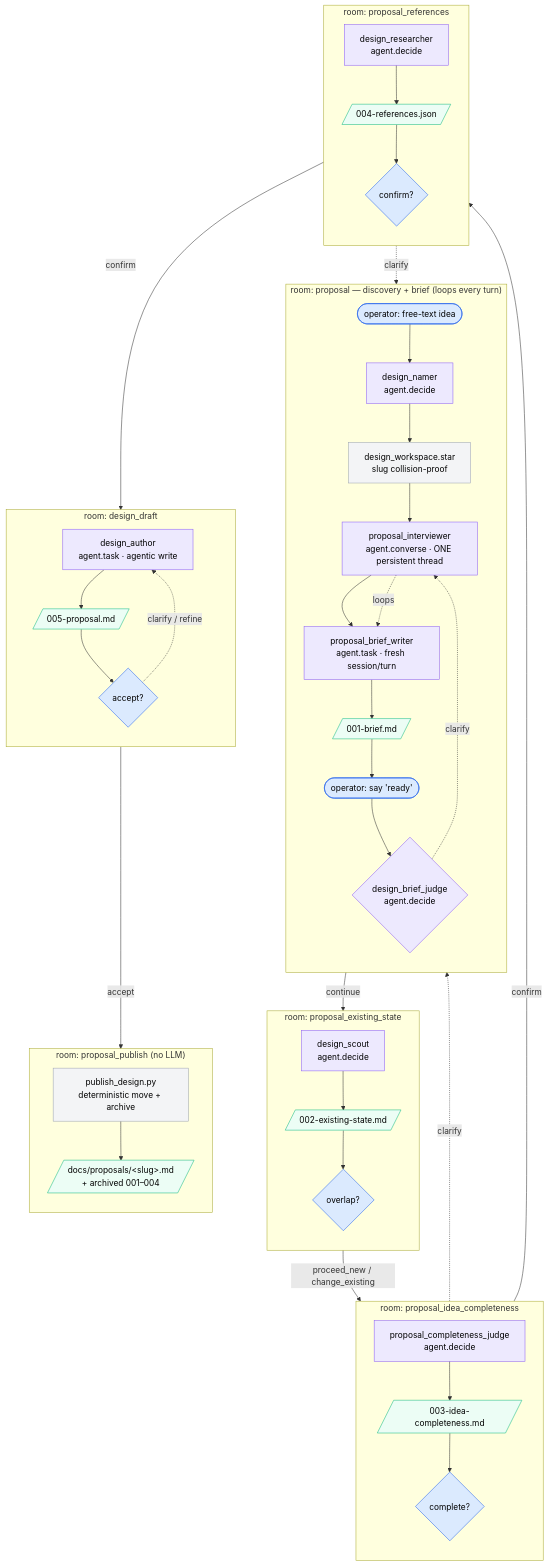
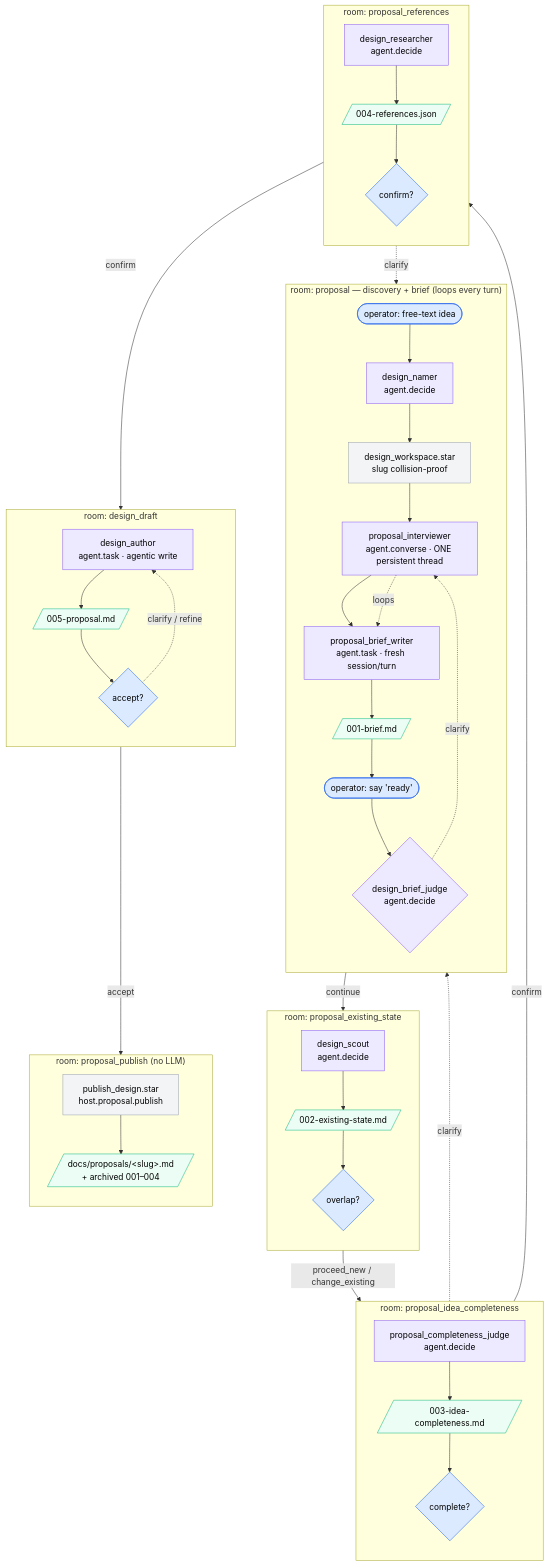
Before and after one commit to bsacrobatix/Kitsoki: the fourth of 4 diagrams in docs/stories/architecture.md, drawn with Mermaid. The commit also changed other lines of this file and 17 other files, not shown here.

Commit message:
Move proposal publishing to a Starlark host function

````diff
--- a/docs/stories/architecture.md
+++ b/docs/stories/architecture.md
@@ -1037,71 +1037,71 @@
 ```mermaid
 flowchart TD
     classDef llm   fill:#EDE9FE,stroke:#8B5CF6,color:#000
     classDef art   fill:#ECFDF5,stroke:#10B981,color:#000
     classDef det   fill:#F3F4F6,stroke:#9CA3AF,color:#000
     classDef human fill:#DBEAFE,stroke:#2563EB,color:#000
 
     subgraph P1["room: proposal — discovery + brief (loops every turn)"]
       direction TB
       idea(["operator: free-text idea"]):::human
       namer["design_namer<br/>agent.decide"]:::llm
       uniq["design_workspace.star<br/>slug collision-proof"]:::det
       interv["proposal_interviewer<br/>agent.converse · ONE persistent thread"]:::llm
       writer["proposal_brief_writer<br/>agent.task · fresh session/turn"]:::llm
       brief[/"001-brief.md"/]:::art
       ready(["operator: say 'ready'"]):::human
       judge{"design_brief_judge<br/>agent.decide"}:::llm
       idea --> namer --> uniq --> interv --> writer --> brief
       interv -. loops .-> writer
       brief --> ready --> judge
       judge -. clarify .-> interv
     end
 
     subgraph P2["room: proposal_existing_state"]
       direction TB
       scout["design_scout<br/>agent.decide"]:::llm
       es[/"002-existing-state.md"/]:::art
       g1{"overlap?"}:::human
       scout --> es --> g1
     end
     judge -->|continue| scout
 
     subgraph P3["room: proposal_idea_completeness"]
       direction TB
       comp["proposal_completeness_judge<br/>agent.decide"]:::llm
       ic[/"003-idea-completeness.md"/]:::art
       g2{"complete?"}:::human
       comp --> ic --> g2
     end
     g1 -->|"proceed_new / change_existing"| comp
 
     subgraph P4["room: proposal_references"]
       direction TB
       res["design_researcher<br/>agent.decide"]:::llm
       refs[/"004-references.json"/]:::art
       g3{"confirm?"}:::human
       res --> refs --> g3
     end
     g2 -->|confirm| res
 
     subgraph P5["room: design_draft"]
       direction TB
       author["design_author<br/>agent.task · agentic write"]:::llm
       draft[/"005-proposal.md"/]:::art
       g4{"accept?"}:::human
       author --> draft --> g4
     end
     g3 -->|confirm| author
 
     subgraph P6["room: proposal_publish (no LLM)"]
       direction TB
-      pub["publish_design.py<br/>deterministic move + archive"]:::det
+      pub["publish_design.star<br/>host.proposal.publish"]:::det
       out[/"docs/proposals/&lt;slug&gt;.md<br/>+ archived 001–004"/]:::art
       pub --> out
     end
     g4 -->|accept| pub
 
     g2 -. clarify .-> interv
     g3 -. clarify .-> interv
     g4 -. "clarify / refine" .-> author
 ```
````
